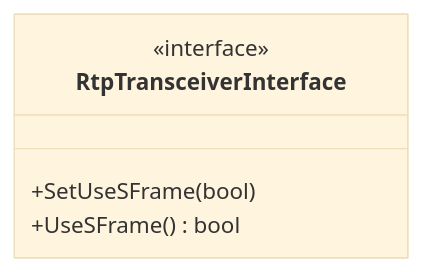
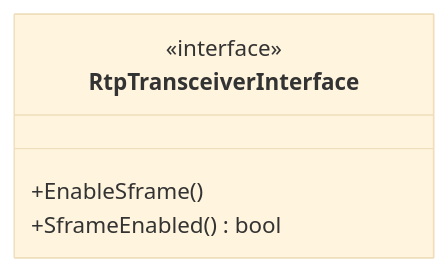
The second of 22 diagrams in README.md (webex/webrtc-sframe), drawn with Mermaid (base theme) before and after one commit. The commit also changed other lines of this file, not shown here.

````diff
--- a/README.md
+++ b/README.md
@@ -73,8 +71,8 @@
 ```mermaid
 classDiagram
   class RtpTransceiverInterface {
     <<interface>>
-    +SetUseSFrame(bool)
-    +UseSFrame() bool
+    +EnableSframe()
+    +SframeEnabled() bool
   }
 ```
````
